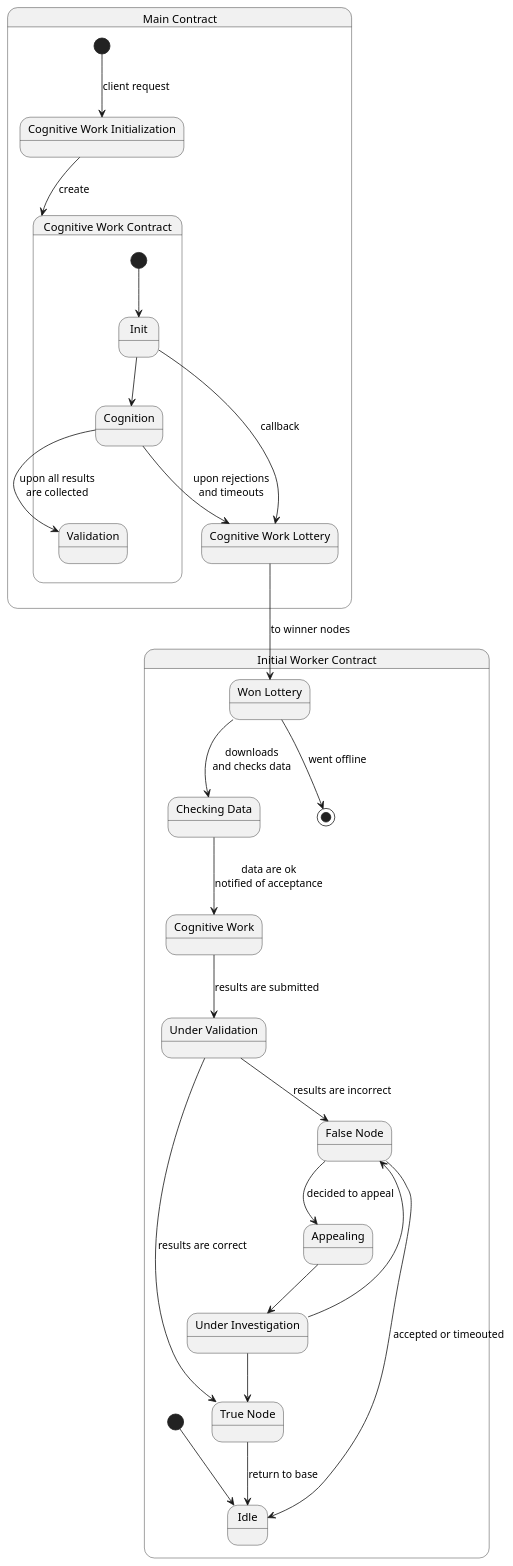
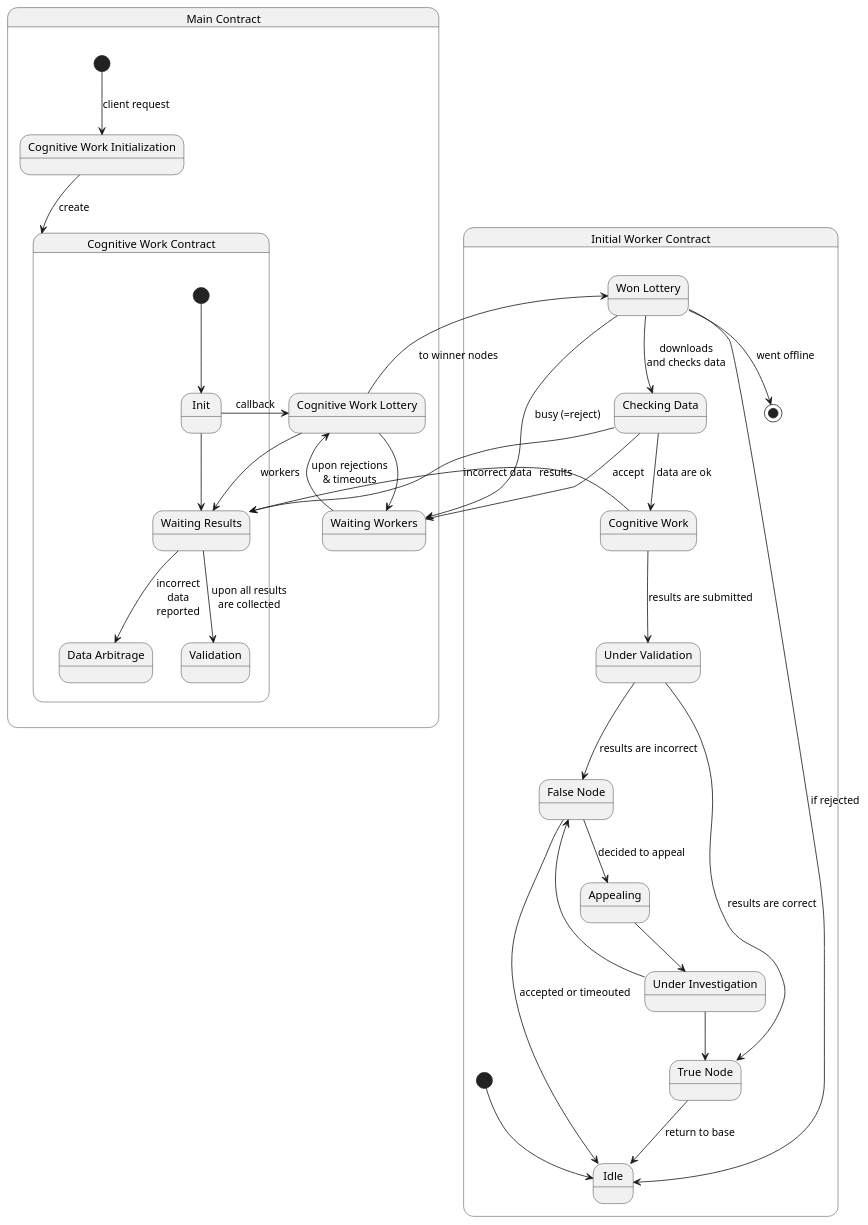
Before and after one commit to pandoraboxchain/pocw-techspecs: the diagram in state_contracts.plantuml, drawn with PlantUML.

```diff
--- a/state_contracts.plantuml
+++ b/state_contracts.plantuml
@@ -1,51 +1,62 @@
 @startuml
 state "Main Contract" as main {
   state "Cognitive Work Initialization" as cwi
   state "Cognitive Work Lottery" as cwl
+  state "Waiting Workers" as wait_wrk
 
   [*] --> cwi: client request
   cwi --> work: create
+  cwl --> wait_wrk
+  wait_wrk --> cwl: upon rejections\n& timeouts
 }
 
 
 state "Cognitive Work Contract" as work {
   state "Init" as work_init
-  state "Cognition" as cognition
+  state "Waiting Results" as cognition
+  state "Data Arbitrage" as data_arb
   state "Validation" as validation
 
   [*] --> work_init
   work_init --> cwl: callback
   work_init --> cognition
-  cognition --> cwl: upon rejections\nand timeouts
+  cwl --> cognition: workers
+ ' cognition --> cwl: upon rejections\nand timeouts
   cognition --> validation: upon all results\nare collected
+  cognition --> data_arb: incorrect\ndata\nreported
 }
 
 
 state "Initial Worker Contract" as worker {
   state "Idle" as idle
   state "Won Lottery" as won
   state "Checking Data" as checking
   state "Cognitive Work" as working
   state "Under Validation" as validating
   state "True Node" as true
   state "False Node" as false
   state "Appealing" as appealing
   state "Under Investigation" as investigation
 
   [*] --> idle
   cwl --> won: to winner nodes
 
   won --> checking: downloads\nand checks data
+  won --> wait_wrk: busy (=reject)
+  won --> idle: if rejected
   won --> [*]: went offline
-  checking --> working: data are ok\nnotified of acceptance
+  checking --> wait_wrk: accept
+  checking --> cognition: incorrect data
+  checking --> working: data are ok
   working --> validating: results are submitted
+  working --> cognition: results
   validating --> true: results are correct
   true --> idle: return to base
   validating --> false: results are incorrect
   false --> idle: accepted or timeouted
   false --> appealing: decided to appeal
   appealing --> investigation
   investigation --> true
   investigation --> false
 }
 @enduml
```
